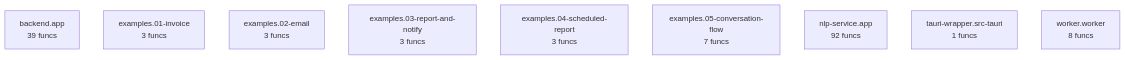
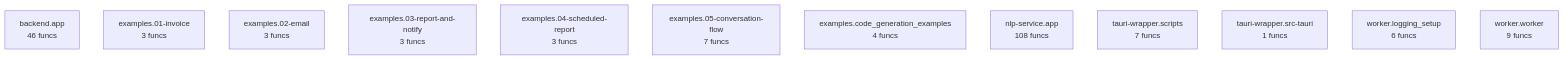
Before and after one commit to wronai/nlp2dsl: the diagram in project/compact_flow.mmd, drawn with Mermaid. The commit also changed 69 other files, not shown here.

```diff
--- a/project/compact_flow.mmd
+++ b/project/compact_flow.mmd
@@ -1,10 +1,13 @@
 flowchart TD
-    backend__app["backend.app<br/>39 funcs"]
+    backend__app["backend.app<br/>46 funcs"]
     examples__01_invoice["examples.01-invoice<br/>3 funcs"]
     examples__02_email["examples.02-email<br/>3 funcs"]
     examples__03_report_and_notify["examples.03-report-and-notify<br/>3 funcs"]
     examples__04_scheduled_report["examples.04-scheduled-report<br/>3 funcs"]
     examples__05_conversation_flow["examples.05-conversation-flow<br/>7 funcs"]
-    nlp_service__app["nlp-service.app<br/>92 funcs"]
+    examples__code_generation_examples["examples.code_generation_examples<br/>4 funcs"]
+    nlp_service__app["nlp-service.app<br/>108 funcs"]
+    tauri_wrapper__scripts["tauri-wrapper.scripts<br/>7 funcs"]
     tauri_wrapper__src_tauri["tauri-wrapper.src-tauri<br/>1 funcs"]
-    worker__worker["worker.worker<br/>8 funcs"]
+    worker__logging_setup["worker.logging_setup<br/>6 funcs"]
+    worker__worker["worker.worker<br/>9 funcs"]
```
